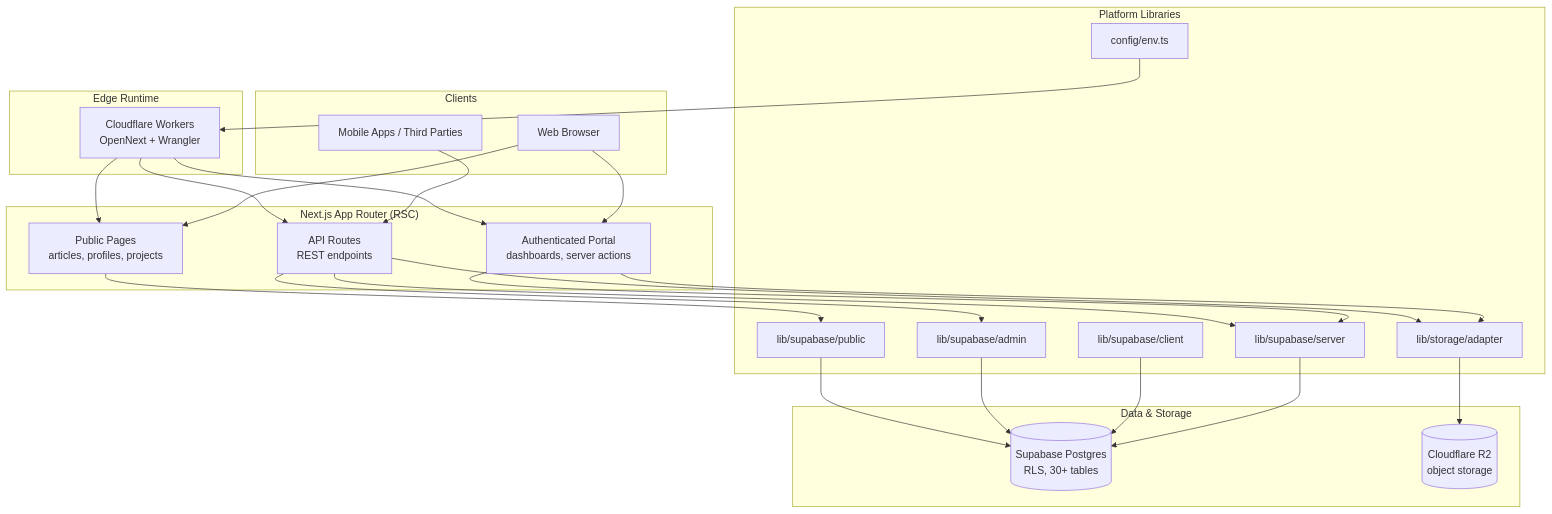
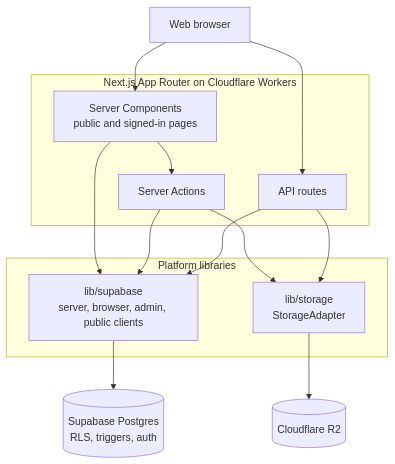
The diagram in src/content/docs/overview/project-overview.md (jackcasstlesjones/ozeaon-wiki), drawn with Mermaid before and after one commit. The commit also changed other lines of this file and 43 other files, not shown here.

````diff
--- a/src/content/docs/overview/project-overview.md
+++ b/src/content/docs/overview/project-overview.md
@@ -79,54 +34,29 @@
 ```mermaid
 flowchart TD
-    subgraph sg_Clients["Clients"]
-        Web["Web Browser"]
-        Mobile["Mobile Apps / Third Parties"]
+    Browser["Web browser"]
+
+    subgraph sg_App["Next.js App Router on Cloudflare Workers"]
+        Pages["Server Components<br/>public and signed-in pages"]
+        Actions["Server Actions"]
+        Api["API routes"]
     end
 
-    subgraph sg_App["Next.js App Router (RSC)"]
-        PublicPages["Public Pages<br/>articles, profiles, projects"]
-        Portal["Authenticated Portal<br/>dashboards, server actions"]
-        ApiRoutes["API Routes<br/>REST endpoints"]
+    subgraph sg_Lib["Platform libraries"]
+        Clients["lib/supabase<br/>server, browser, admin, public clients"]
+        Storage["lib/storage<br/>StorageAdapter"]
     end
 
-    subgraph sg_Lib["Platform Libraries"]
-        ServerClient["lib/supabase/server"]
-        BrowserClient["lib/supabase/client"]
-        AdminClient["lib/supabase/admin"]
-        PublicClient["lib/supabase/public"]
-        StorageAdapter["lib/storage/adapter"]
-        EnvConfig["config/env.ts"]
-    end
+    Supabase[("Supabase Postgres<br/>RLS, triggers, auth")]
+    R2[("Cloudflare R2")]
 
-    subgraph sg_Data["Data & Storage"]
-        Supabase[("Supabase Postgres<br/>RLS, 30+ tables")]
-        R2[("Cloudflare R2<br/>object storage")]
-    end
-
-    subgraph sg_Edge["Edge Runtime"]
-        Workers["Cloudflare Workers<br/>OpenNext + Wrangler"]
-    end
-
-    Web --> PublicPages
-    Web --> Portal
-    Mobile --> ApiRoutes
-
-    PublicPages --> PublicClient
-    Portal --> ServerClient
-    ApiRoutes --> AdminClient
-    ApiRoutes --> ServerClient
-
-    ServerClient --> Supabase
-    BrowserClient --> Supabase
-    AdminClient --> Supabase
-    PublicClient --> Supabase
-
-    Portal --> StorageAdapter
-    ApiRoutes --> StorageAdapter
-    StorageAdapter --> R2
-
-    EnvConfig --> Workers
-    Workers --> PublicPages
-    Workers --> Portal
-    Workers --> ApiRoutes
+    Browser --> Pages
+    Browser --> Api
+    Pages --> Actions
+    Pages --> Clients
+    Actions --> Clients
+    Api --> Clients
+    Actions --> Storage
+    Api --> Storage
+    Clients --> Supabase
+    Storage --> R2
 ```
````
